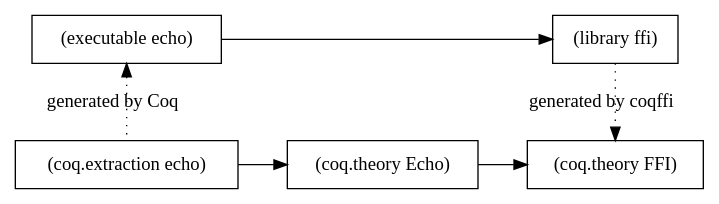
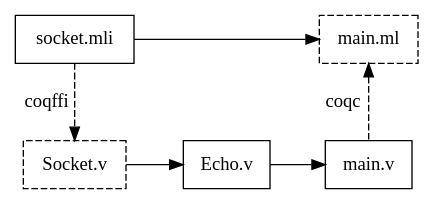
The diagram in site/posts/CoqffiEcho.org (lthms/soap.coffee-lthms), drawn with Graphviz before and after one commit.

Commit message:
Improve the graph of dependencies of the Echo server

```diff
--- a/site/posts/CoqffiEcho.org
+++ b/site/posts/CoqffiEcho.org
@@ -69,26 +69,26 @@
 #+BEGIN_SRC dot :file deps.svg :exports results
 digraph dependencies {
   graph [nodesep="0.4"];
   rankdir="LR";
   node [shape=box];
   subgraph {
     rank=same;
-    FFI [label="(coq.theory FFI)"];
-    ffi [label="(library ffi)"];
+    FFI [label="Socket.v" style="dashed"];
+    ffi [label="socket.mli"];
   }
   subgraph {
-    Echo [label="(coq.theory Echo)"];
+    Echo [label="Echo.v"];
   }
 
   subgraph {
     rank=same;
-    echo_v [label="(coq.extraction echo)"];
-    echo_ml [label="(executable echo)"];
+    echo_v [label="main.v"];
+    echo_ml [label="main.ml" style="dashed"];
   }
 
-  ffi -> FFI [style="dotted" label="generated by coqffi"];
-  echo_ml -> echo_v [dir=back style="dotted" label="generated by Coq"];
-  echo_v -> Echo -> FFI;
-  echo_ml -> ffi;
+  ffi -> FFI [style="dashed" label="coqffi      "];
+  echo_ml -> echo_v [dir=back style="dashed" label="coqc     "];
+  FFI -> Echo -> echo_v;
+  ffi -> echo_ml;
 }
 #+END_SRC
```
